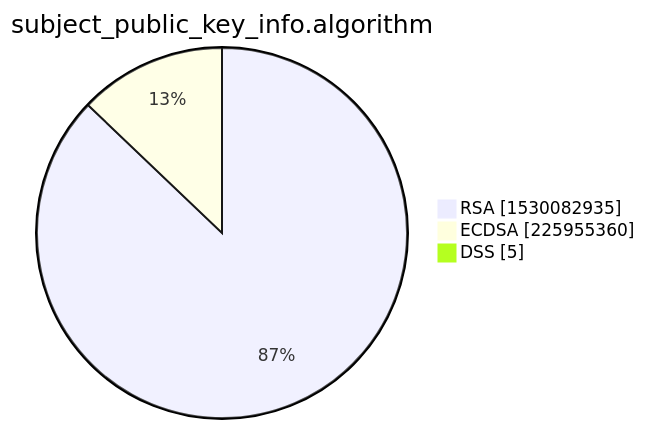
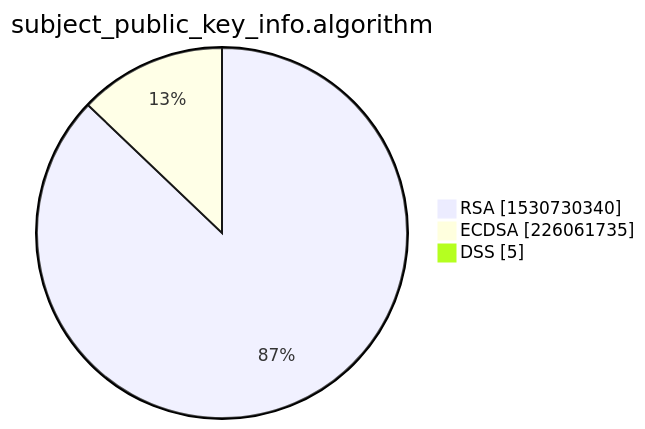
One commit to christiankrug/ctmonitor_visualization changed the third of 15 diagrams in xenon2022/README.md. Above: the diagram before and after it, drawn with Mermaid. The commit also changed other lines of this file, not shown here.

````diff
--- a/xenon2022/README.md
+++ b/xenon2022/README.md
@@ -14,7 +14,7 @@
 ```mermaid
 pie showData
 title subject_public_key_info.algorithm
-"RSA" :1530082935
-"ECDSA" :225955360
+"RSA" :1530730340
+"ECDSA" :226061735
 "DSS" :5
 ```
````
